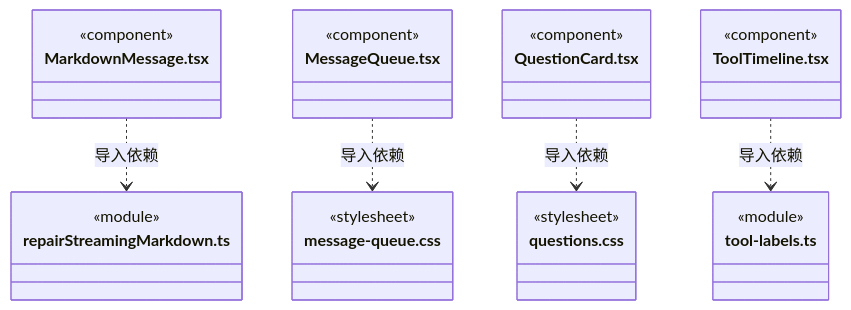
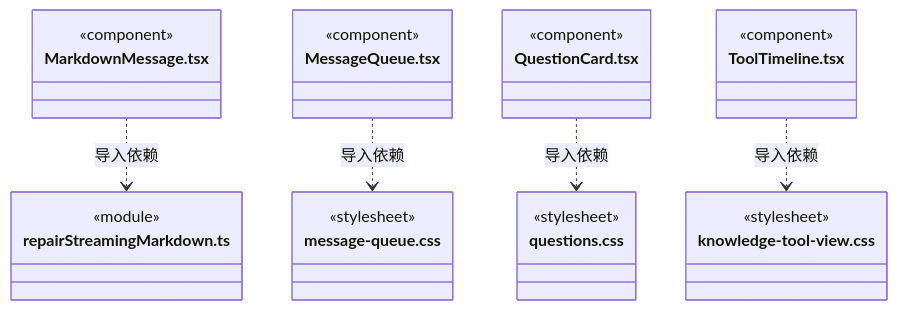
Before and after one commit to nan023062/cbim: diagram 21 of 23 in src/view/execution-view/ARCHITECTURE.md, drawn with Mermaid. The commit also changed other lines of this file and 112 other files, not shown here.

Commit message:
docs: align source architecture with current declarations and contracts

````diff
--- a/src/view/execution-view/ARCHITECTURE.md
+++ b/src/view/execution-view/ARCHITECTURE.md
@@ -382,31 +382,31 @@
 ```mermaid
 classDiagram
 class N_src_view_execution_view_MarkdownMessage_tsx["MarkdownMessage.tsx"] {
   <<component>>
 }
 class N_src_view_execution_view_repairStreamingMarkdown_ts["repairStreamingMarkdown.ts"] {
   <<module>>
 }
 class N_src_view_execution_view_MessageQueue_tsx["MessageQueue.tsx"] {
   <<component>>
 }
 class N_src_view_execution_view_message_queue_css["message-queue.css"] {
   <<stylesheet>>
 }
 class N_src_view_execution_view_QuestionCard_tsx["QuestionCard.tsx"] {
   <<component>>
 }
 class N_src_view_execution_view_questions_css["questions.css"] {
   <<stylesheet>>
 }
 class N_src_view_execution_view_ToolTimeline_tsx["ToolTimeline.tsx"] {
   <<component>>
 }
-class N_src_view_execution_view_tool_labels_ts["tool-labels.ts"] {
-  <<module>>
+class N_src_view_execution_view_knowledge_tool_view_css["knowledge-tool-view.css"] {
+  <<stylesheet>>
 }
 N_src_view_execution_view_MarkdownMessage_tsx ..> N_src_view_execution_view_repairStreamingMarkdown_ts : 导入依赖
 N_src_view_execution_view_MessageQueue_tsx ..> N_src_view_execution_view_message_queue_css : 导入依赖
 N_src_view_execution_view_QuestionCard_tsx ..> N_src_view_execution_view_questions_css : 导入依赖
-N_src_view_execution_view_ToolTimeline_tsx ..> N_src_view_execution_view_tool_labels_ts : 导入依赖
+N_src_view_execution_view_ToolTimeline_tsx ..> N_src_view_execution_view_knowledge_tool_view_css : 导入依赖
 ```
````
